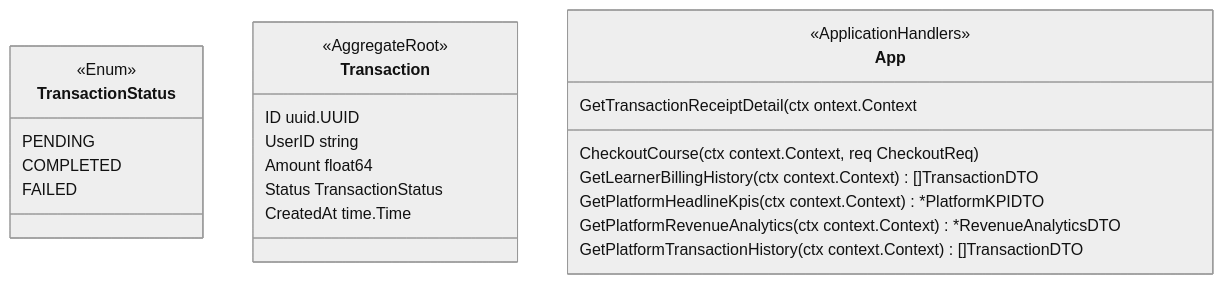
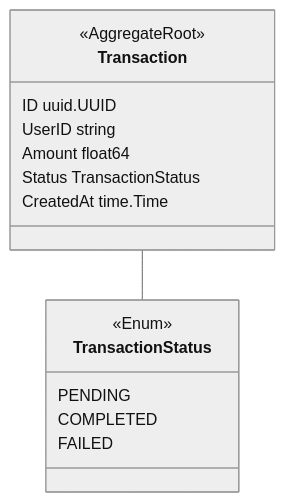
The second of 3 diagrams in docs/src/references/class-diagram.md (egolia-uit/egolia), drawn with Mermaid (neutral theme) before and after one commit. The commit also changed other lines of this file, not shown here.

````diff
--- a/docs/src/references/class-diagram.md
+++ b/docs/src/references/class-diagram.md
@@ -131,28 +162,30 @@
 ```mermaid
 classDiagram
     class TransactionStatus {
         <<Enum>>
         PENDING
         COMPLETED
         FAILED
     }
 
     class Transaction {
         <<AggregateRoot>>
         ID uuid.UUID
         UserID string
         Amount float64
         Status TransactionStatus
         CreatedAt time.Time
     }
 
-    class App {
-        <<ApplicationHandlers>>
-        CheckoutCourse(ctx context.Context, req CheckoutReq)
-        GetLearnerBillingHistory(ctx context.Context) []TransactionDTO
-        GetTransactionReceiptDetail(ctx ontext.Context
-        GetPlatformHeadlineKpis(ctx context.Context) *PlatformKPIDTO
-        GetPlatformRevenueAnalytics(ctx context.Context) *RevenueAnalyticsDTO
-        GetPlatformTransactionHistory(ctx context.Context) []TransactionDTO
-    }
+    Transaction  -- TransactionStatus
+
+    %% class App {
+    %%     <<ApplicationHandlers>>
+    %%     CheckoutCourse(ctx context.Context, req CheckoutReq)
+    %%     GetLearnerBillingHistory(ctx context.Context) []TransactionDTO
+    %%     GetTransactionReceiptDetail(ctx ontext.Context
+    %%     GetPlatformHeadlineKpis(ctx context.Context) *PlatformKPIDTO
+    %%     GetPlatformRevenueAnalytics(ctx context.Context) *RevenueAnalyticsDTO
+    %%     GetPlatformTransactionHistory(ctx context.Context) []TransactionDTO
+    %% }
 ```
````
